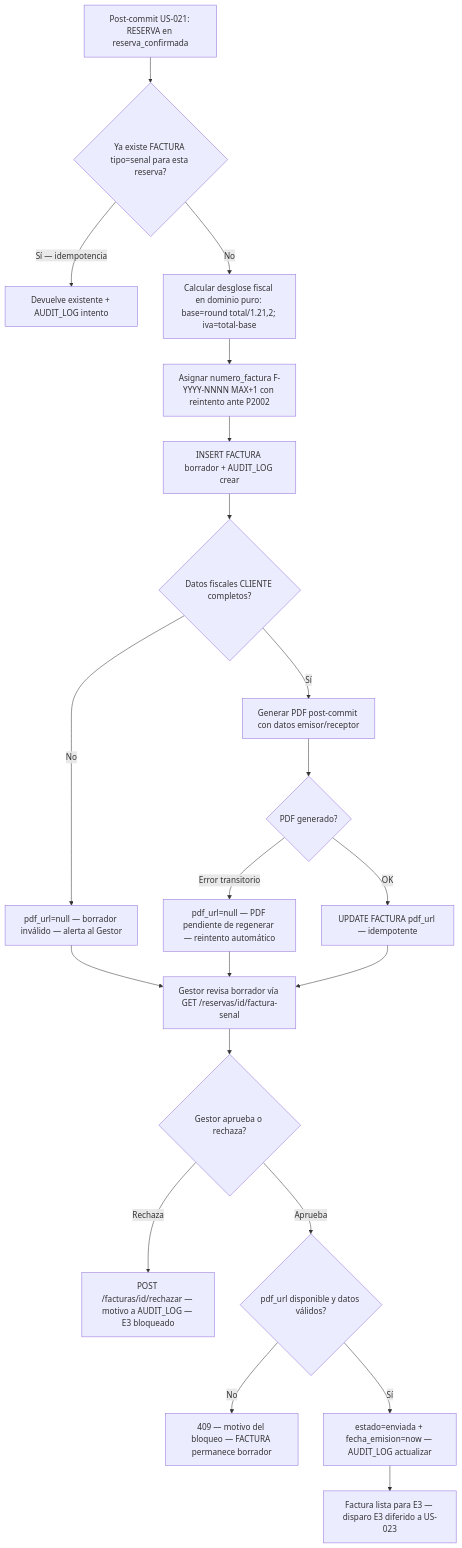
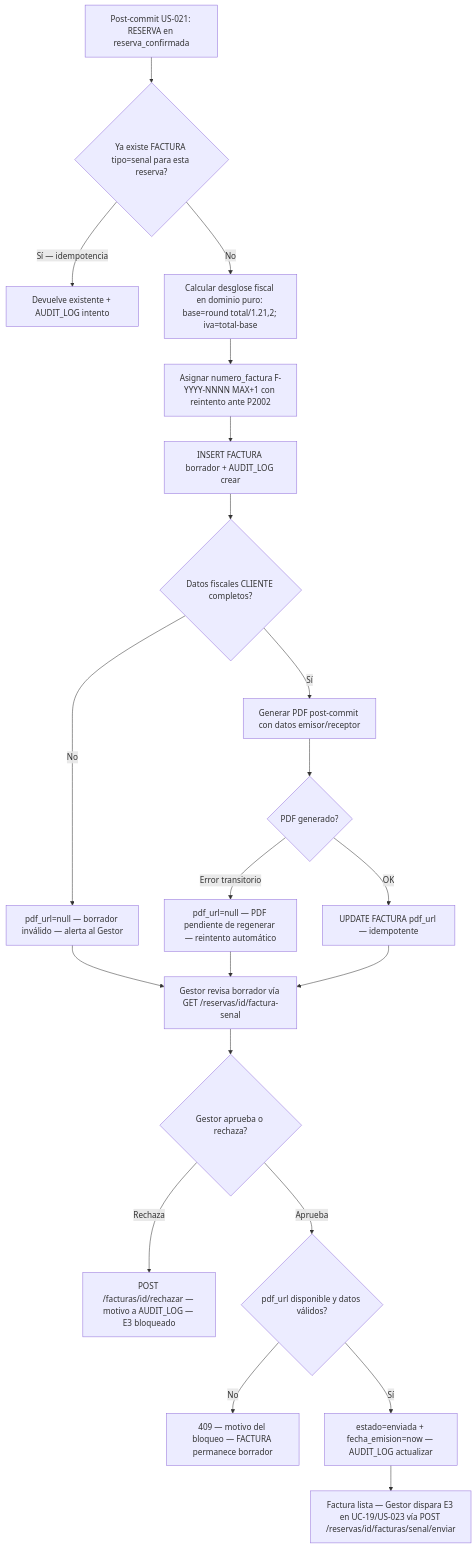
Before and after one commit to rvila89/slotify: diagram 13 of 20 in docs/use-cases.md, drawn with Mermaid. The commit also changed other lines of this file and 40 other files, not shown here.

````diff
--- a/docs/use-cases.md
+++ b/docs/use-cases.md
@@ -1071,23 +1071,23 @@
 ```mermaid
 flowchart TD
     A[Post-commit US-021: RESERVA en reserva_confirmada] --> B{Ya existe FACTURA tipo=senal para esta reserva?}
     B -->|Sí — idempotencia| C[Devuelve existente + AUDIT_LOG intento]
     B -->|No| D[Calcular desglose fiscal en dominio puro: base=round total/1.21,2; iva=total-base]
     D --> E[Asignar numero_factura F-YYYY-NNNN MAX+1 con reintento ante P2002]
     E --> F[INSERT FACTURA borrador + AUDIT_LOG crear]
     F --> G{Datos fiscales CLIENTE completos?}
     G -->|No| H[pdf_url=null — borrador inválido — alerta al Gestor]
     G -->|Sí| I[Generar PDF post-commit con datos emisor/receptor]
     I --> J{PDF generado?}
     J -->|Error transitorio| K[pdf_url=null — PDF pendiente de regenerar — reintento automático]
     J -->|OK| L[UPDATE FACTURA pdf_url — idempotente]
     L --> M[Gestor revisa borrador vía GET /reservas/id/factura-senal]
     H --> M
     K --> M
     M --> N{Gestor aprueba o rechaza?}
     N -->|Rechaza| O[POST /facturas/id/rechazar — motivo a AUDIT_LOG — E3 bloqueado]
     N -->|Aprueba| P{pdf_url disponible y datos válidos?}
     P -->|No| Q[409 — motivo del bloqueo — FACTURA permanece borrador]
     P -->|Sí| R[estado=enviada + fecha_emision=now — AUDIT_LOG actualizar]
-    R --> S[Factura lista para E3 — disparo E3 diferido a US-023]
+    R --> S[Factura lista — Gestor dispara E3 en UC-19/US-023 vía POST /reservas/id/facturas/senal/enviar]
 ```
````
